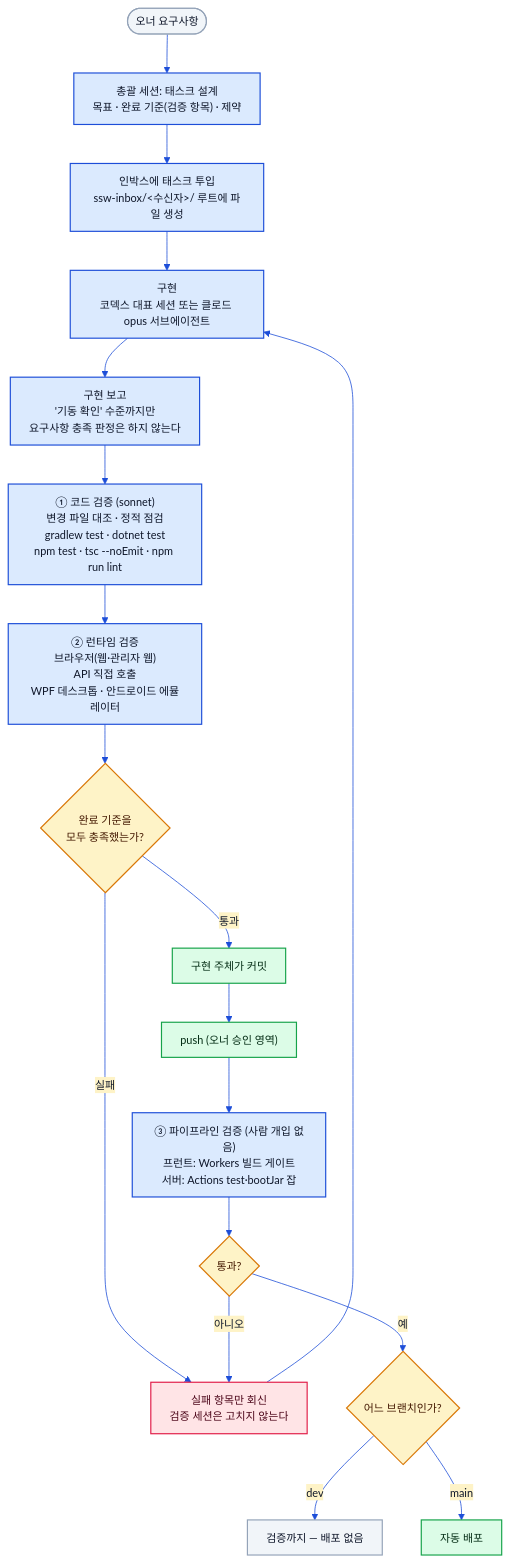
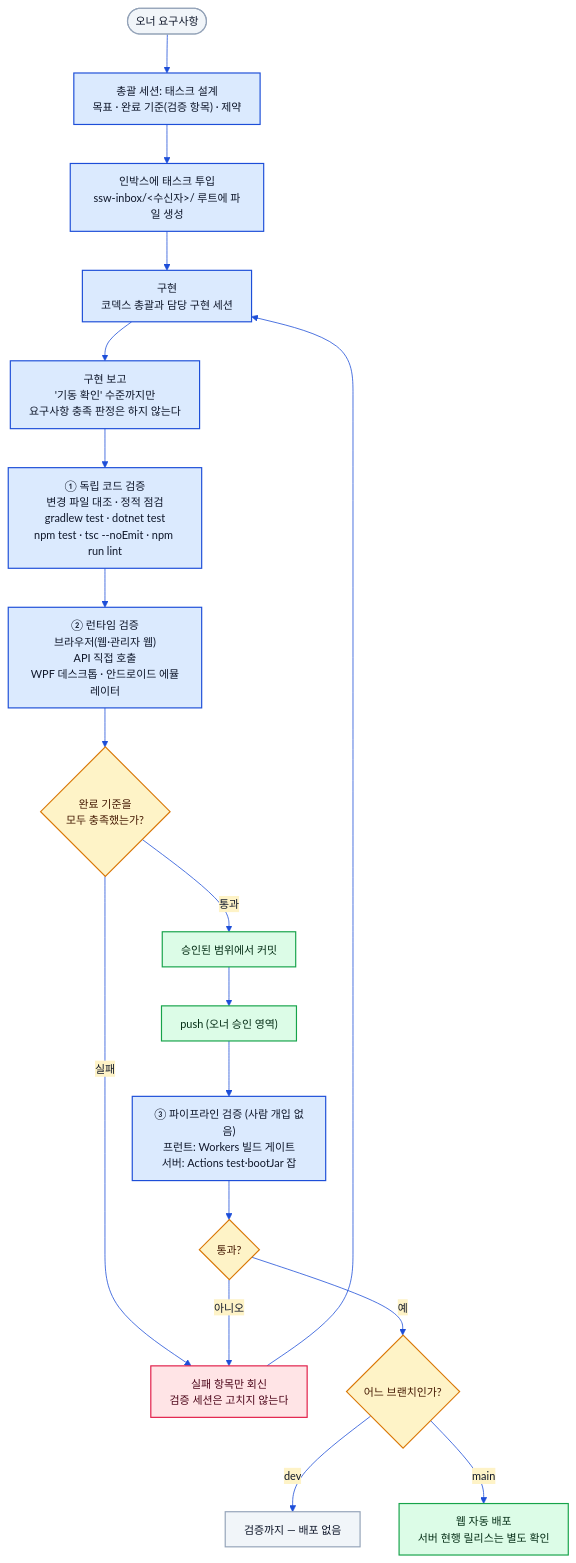
The first of 2 diagrams in docs/architecture/08-verification-pipeline.md (s-work-agency/ssw-e-commerce-demo-public), drawn with Mermaid before and after one commit. The commit also changed other lines of this file and 18 other files, not shown here.

````diff
--- a/docs/architecture/08-verification-pipeline.md
+++ b/docs/architecture/08-verification-pipeline.md
@@ -13,37 +13,37 @@
 ```mermaid
 %%{init: {"theme":"base","fontFamily":"Pretendard, Malgun Gothic, sans-serif","themeVariables":{"fontSize":"14px","primaryColor":"#DBEAFE","primaryBorderColor":"#1D4ED8","primaryTextColor":"#0F172A","lineColor":"#1D4ED8","secondaryColor":"#FEF3C7","tertiaryColor":"#DCFCE7","clusterBkg":"#F8FAFC","clusterBorder":"#CBD5E1","noteBkgColor":"#FEF3C7","noteBorderColor":"#D97706","actorBkg":"#DBEAFE","actorBorder":"#1D4ED8","actorTextColor":"#0F172A","signalColor":"#1D4ED8","signalTextColor":"#0F172A","labelBoxBkgColor":"#DBEAFE","labelBoxBorderColor":"#1D4ED8","altSectionBkgColor":"#F8FAFC"},"flowchart":{"curve":"basis","htmlLabels":true,"padding":12}}}%%
 %% 공통 브랜드 테마 — architecture/*.md 전 다이어그램에 동일한 init 블록이 들어간다. 색을 바꿀 때는 이 폴더 전 파일을 일괄 치환할 것.
 flowchart TD
     req(["오너 요구사항"]) --> design["총괄 세션: 태스크 설계<br/>목표 · 완료 기준(검증 항목) · 제약"]
     design --> dispatch["인박스에 태스크 투입<br/>ssw-inbox/&lt;수신자&gt;/ 루트에 파일 생성"]
 
-    dispatch --> impl["구현<br/>코덱스 대표 세션 또는 클로드 opus 서브에이전트"]
+    dispatch --> impl["구현<br/>코덱스 총괄과 담당 구현 세션"]
     impl --> report["구현 보고<br/>'기동 확인' 수준까지만<br/>요구사항 충족 판정은 하지 않는다"]
 
-    report --> vcode["① 코드 검증 (sonnet)<br/>변경 파일 대조 · 정적 점검<br/>gradlew test · dotnet test<br/>npm test · tsc --noEmit · npm run lint"]
+    report --> vcode["① 독립 코드 검증<br/>변경 파일 대조 · 정적 점검<br/>gradlew test · dotnet test<br/>npm test · tsc --noEmit · npm run lint"]
     vcode --> vrun["② 런타임 검증<br/>브라우저(웹·관리자 웹)<br/>API 직접 호출<br/>WPF 데스크톱 · 안드로이드 에뮬레이터"]
 
     vrun --> verdict{"완료 기준을<br/>모두 충족했는가?"}
     verdict -->|"실패"| fail["실패 항목만 회신<br/>검증 세션은 고치지 않는다"]
     fail --> impl
-    verdict -->|"통과"| commit["구현 주체가 커밋"]
+    verdict -->|"통과"| commit["승인된 범위에서 커밋"]
     commit --> push["push (오너 승인 영역)"]
 
     push --> ci["③ 파이프라인 검증 (사람 개입 없음)<br/>프런트: Workers 빌드 게이트<br/>서버: Actions test·bootJar 잡"]
     ci --> pass{"통과?"}
     pass -->|"아니오"| fail
     pass -->|"예"| brc{"어느 브랜치인가?"}
     brc -->|"dev"| only["검증까지 — 배포 없음"]
-    brc -->|"main"| deploy["자동 배포"]
+    brc -->|"main"| deploy["웹 자동 배포<br/>서버 현행 릴리스는 별도 확인"]
 
     classDef step fill:#DBEAFE,stroke:#1D4ED8,stroke-width:1.5px,color:#0F172A
     classDef gate fill:#FEF3C7,stroke:#D97706,stroke-width:1.5px,color:#451A03
     classDef failc fill:#FFE4E6,stroke:#E11D48,stroke-width:1.5px,color:#4C0519
     classDef ok fill:#DCFCE7,stroke:#16A34A,stroke-width:1.5px,color:#052E16
     classDef ext fill:#F1F5F9,stroke:#94A3B8,stroke-width:1.5px,color:#0F172A
     class design,dispatch,impl,report,vcode,vrun,ci step
     class verdict,pass,brc gate
     class fail failc
     class commit,push,deploy ok
     class req,only ext
 ```
````
